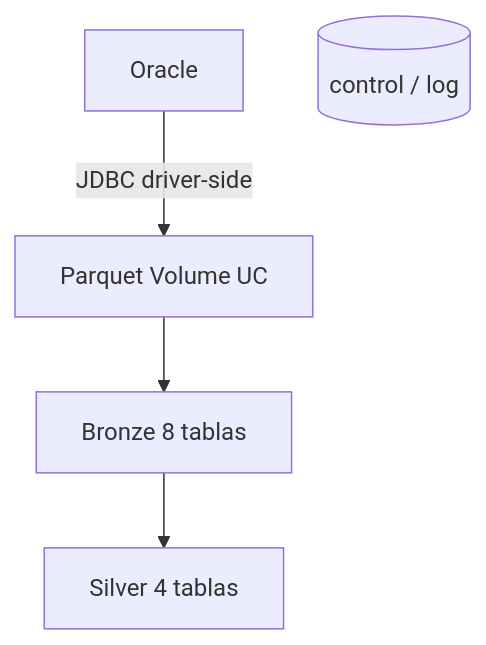
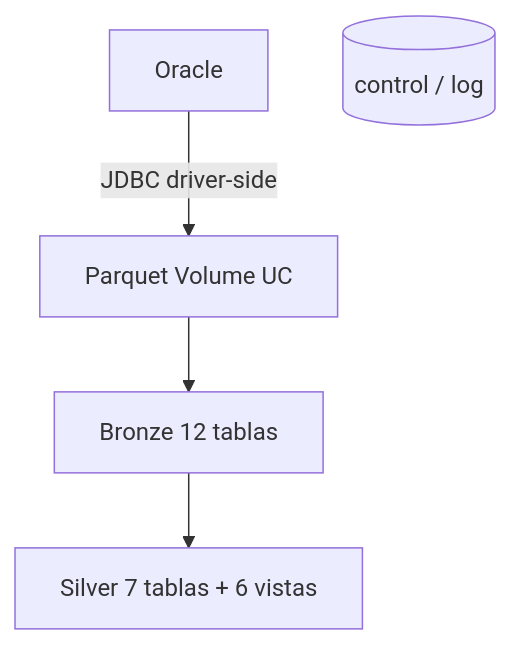
Before and after one commit to DataEngMikeDataknow/midas_agent: the diagram in docs/07_MANUAL_TECNICO.md, drawn with Mermaid. The commit also changed other lines of this file and 32 other files, not shown here.

````diff
--- a/docs/07_MANUAL_TECNICO.md
+++ b/docs/07_MANUAL_TECNICO.md
@@ -18,7 +18,7 @@
 ```mermaid
 flowchart TD
     O[Oracle] -->|JDBC driver-side| P[Parquet Volume UC]
-    P --> B[Bronze 8 tablas]
-    B --> S[Silver 4 tablas]
+    P --> B[Bronze 12 tablas]
+    B --> S[Silver 7 tablas + 6 vistas]
     CTRL[(control / log)]
 ```
````
